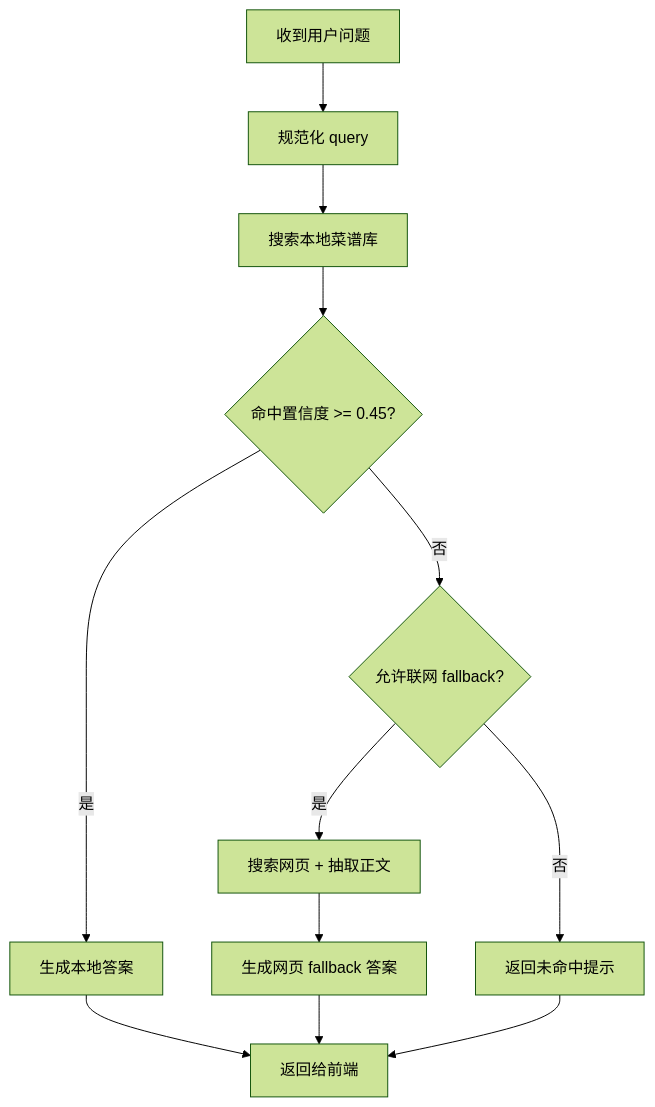
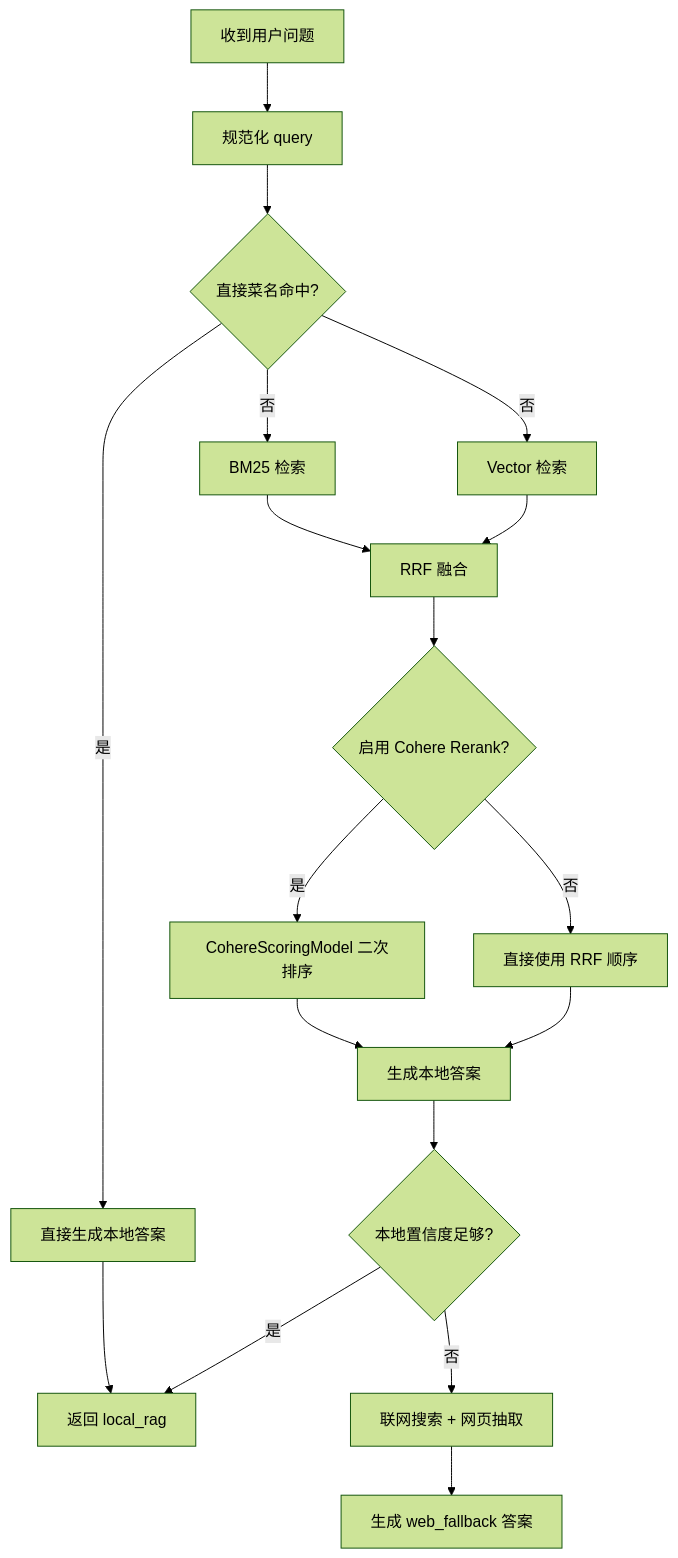
Before and after one commit to zefengqiu1/xiachufang: the diagram in README.md, drawn with Mermaid (forest theme). The commit also changed other lines of this file and 2 other files, not shown here.

````diff
--- a/README.md
+++ b/README.md
@@ -87,14 +88,20 @@
 ```mermaid
 flowchart TD
     A[收到用户问题] --> B[规范化 query]
-    B --> C[搜索本地菜谱库]
-    C --> D{命中置信度 >= 0.45?}
-    D -->|是| E[生成本地答案]
-    D -->|否| F{允许联网 fallback?}
-    F -->|否| G[返回未命中提示]
-    F -->|是| H[搜索网页 + 抽取正文]
-    H --> I[生成网页 fallback 答案]
-    E --> J[返回给前端]
-    I --> J
-    G --> J
+    B --> C{直接菜名命中?}
+    C -->|是| D[直接生成本地答案]
+    C -->|否| E[BM25 检索]
+    C -->|否| F[Vector 检索]
+    E --> G[RRF 融合]
+    F --> G
+    G --> H{启用 Cohere Rerank?}
+    H -->|是| I[CohereScoringModel 二次排序]
+    H -->|否| J[直接使用 RRF 顺序]
+    I --> K[生成本地答案]
+    J --> K
+    K --> L{本地置信度足够?}
+    L -->|是| M[返回 local_rag]
+    L -->|否| N[联网搜索 + 网页抽取]
+    N --> O[生成 web_fallback 答案]
+    D --> M
 ```
````
